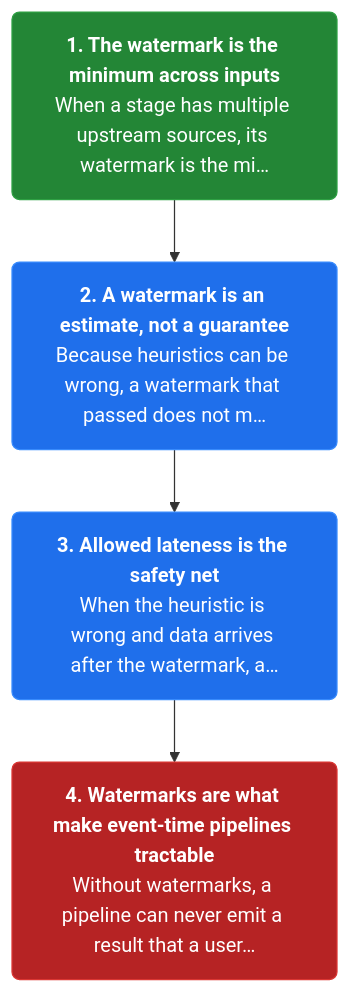
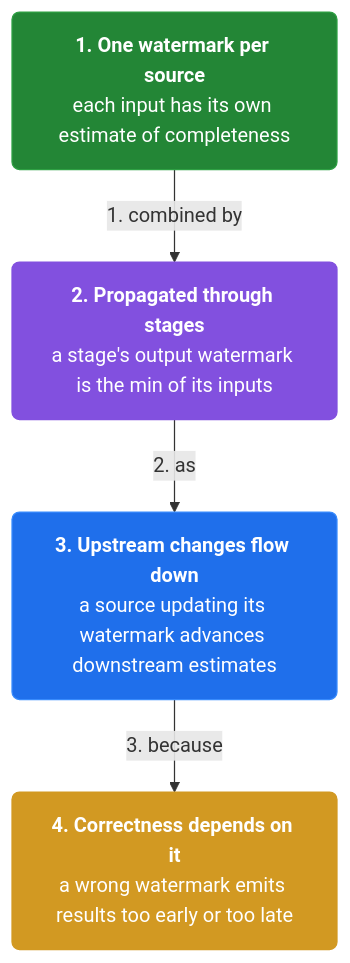
Before and after one commit to vinayakuber/streaming-systems-study-guide: the third of 19 diagrams in docs/ch03-watermarks.md, drawn with Mermaid. The commit also changed other lines of this file and 12 other files, not shown here.

First line of the commit message:
Author per-section and per-card mermaid diagrams (110 diagrams)

````diff
--- a/docs/ch03-watermarks.md
+++ b/docs/ch03-watermarks.md
@@ -90,13 +98,15 @@
 ```mermaid
 flowchart TD
-  classDef step fill:#1f6feb,color:#ffffff,stroke:#388bfd,stroke-width:1px,rx:6
+  classDef step fill:#1f6feb,color:#ffffff,stroke:#388bfd,rx:6
+  classDef core fill:#8250df,color:#ffffff,stroke:#8250df,rx:6
+  classDef warn fill:#d29922,color:#ffffff,stroke:#d29922,rx:6
   classDef start fill:#238636,color:#ffffff,stroke:#2ea043,rx:6
   classDef stop fill:#b62324,color:#ffffff,stroke:#da3633,rx:6
-  s2n0["<b>1. The watermark is the minimum across inputs</b><br/>When a stage has multiple upstream sources, its watermark is the mi…"]:::start
-  s2n1["<b>2. A watermark is an estimate, not a guarantee</b><br/>Because heuristics can be wrong, a watermark that passed does not m…"]:::step
-  s2n2["<b>3. Allowed lateness is the safety net</b><br/>When the heuristic is wrong and data arrives after the watermark, a…"]:::step
-  s2n3["<b>4. Watermarks are what make event-time pipelines tractable</b><br/>Without watermarks, a pipeline can never emit a result that a user…"]:::stop
-  s2n0 --> s2n1
-  s2n1 --> s2n2
-  s2n2 --> s2n3
+  n0["<b>1. One watermark per source</b><br/>each input has its own estimate of completeness"]:::start
+  n1["<b>2. Propagated through stages</b><br/>a stage's output watermark is the min of its inputs"]:::core
+  n2["<b>3. Upstream changes flow down</b><br/>a source updating its watermark advances downstream estimates"]:::step
+  n3["<b>4. Correctness depends on it</b><br/>a wrong watermark emits results too early or too late"]:::warn
+  n0 -->|"1. combined by"| n1
+  n1 -->|"2. as"| n2
+  n2 -->|"3. because"| n3
 ```
````
